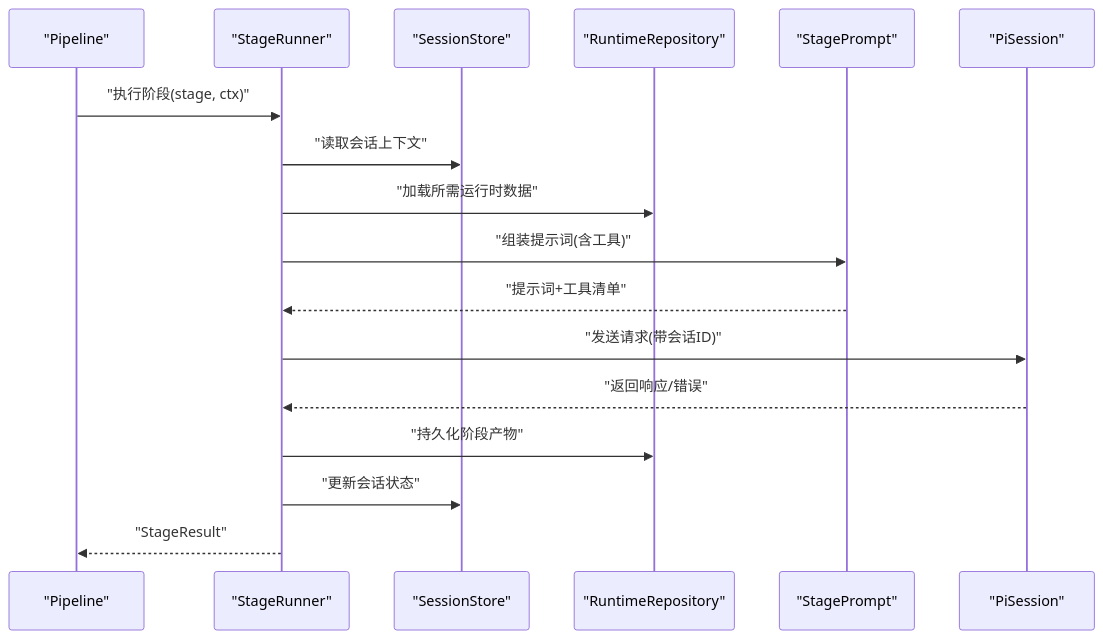
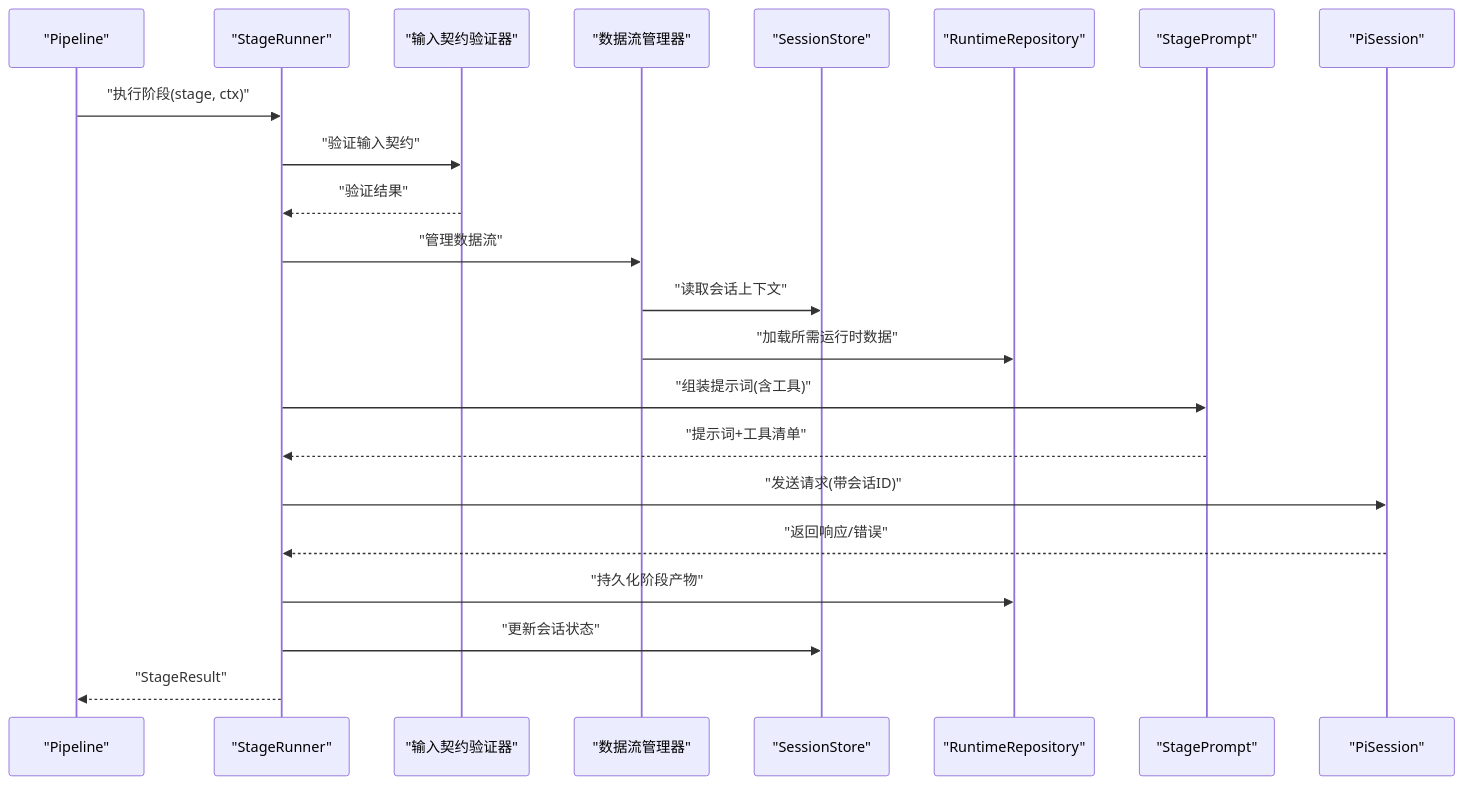
The third of 5 diagrams in .qoder/repowiki/zh/content/架构设计/核心模块设计/导演系统设计/导演系统设计.md (AIMFllyYS/code-video-canvas), drawn with Mermaid before and after one commit. The commit also changed other lines of this file and 31 other files, not shown here.

````diff
--- a/.qoder/repowiki/zh/content/架构设计/核心模块设计/导演系统设计/导演系统设计.md
+++ b/.qoder/repowiki/zh/content/架构设计/核心模块设计/导演系统设计/导演系统设计.md
@@ -217,19 +247,24 @@
 ```mermaid
 sequenceDiagram
 participant P as "Pipeline"
 participant R as "StageRunner"
+participant V as "输入契约验证器"
+participant D as "数据流管理器"
 participant S as "SessionStore"
 participant Repo as "RuntimeRepository"
 participant Prompt as "StagePrompt"
 participant AI as "PiSession"
 P->>R : "执行阶段(stage, ctx)"
-R->>S : "读取会话上下文"
-R->>Repo : "加载所需运行时数据"
+R->>V : "验证输入契约"
+V-->>R : "验证结果"
+R->>D : "管理数据流"
+D->>S : "读取会话上下文"
+D->>Repo : "加载所需运行时数据"
 R->>Prompt : "组装提示词(含工具)"
 Prompt-->>R : "提示词+工具清单"
 R->>AI : "发送请求(带会话ID)"
 AI-->>R : "返回响应/错误"
 R->>Repo : "持久化阶段产物"
 R->>S : "更新会话状态"
 R-->>P : "StageResult"
 ```
````
